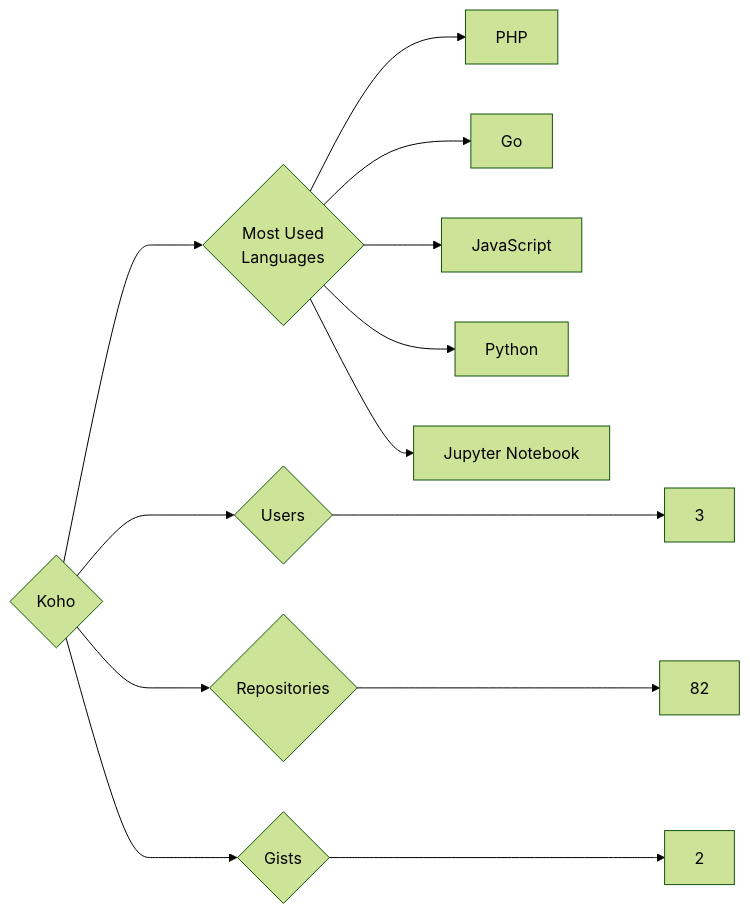
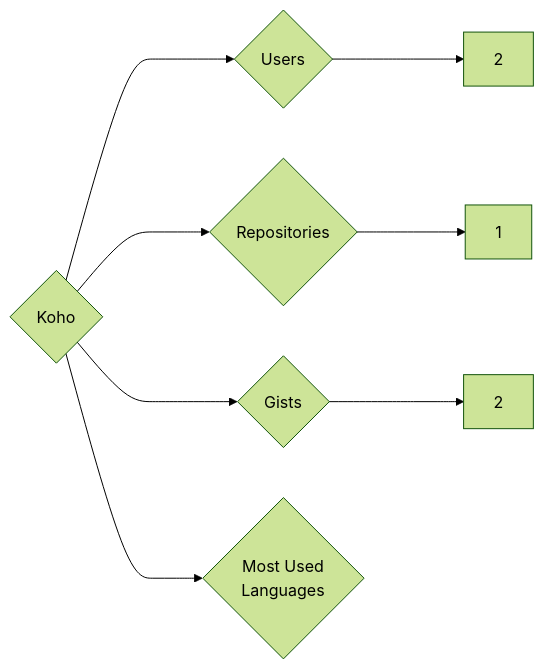
Before and after one commit to trickest/insiders: the diagram in targets/Koho/README.md, drawn with Mermaid (forest theme). The commit also changed 772 other files, not shown here.

````diff
--- a/targets/Koho/README.md
+++ b/targets/Koho/README.md
@@ -3,13 +3,8 @@
 ```mermaid
 graph LR
 COMPANY_NAME{Koho}
-COMPANY_NAME ---> U{Users} ---> UN[3]
-COMPANY_NAME ---> R{Repositories} ---> RN[82]
+COMPANY_NAME ---> U{Users} ---> UN[2]
+COMPANY_NAME ---> R{Repositories} ---> RN[1]
 COMPANY_NAME ---> G{Gists} ---> GN[2]
 COMPANY_NAME ---> ML{Most Used<br>Languages}
-ML --> PHP[PHP]
-ML --> Go[Go]
-ML --> JavaScript[JavaScript]
-ML --> Python[Python]
-ML --> Jupyter_Notebook[Jupyter Notebook]
 ```
````
